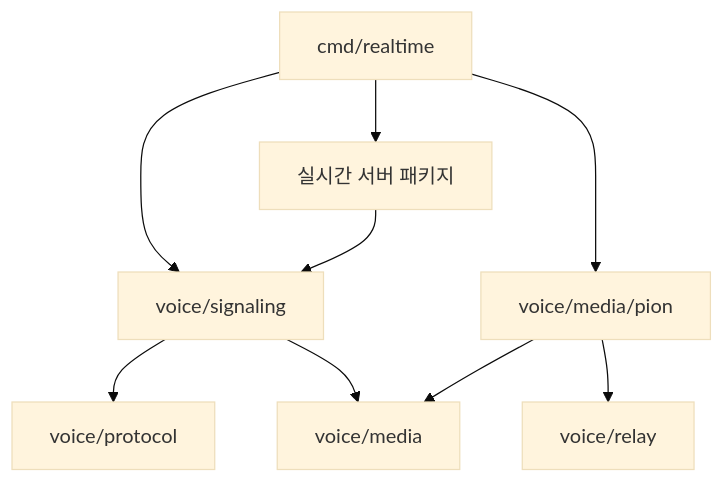
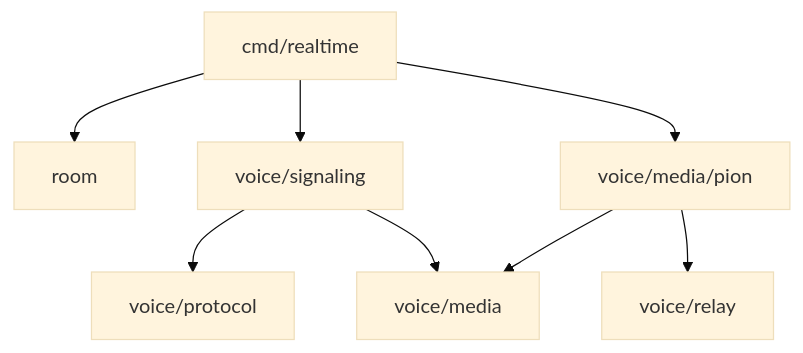
The diagram in services/realtime/README.md (depromeet/19th-team5-server), drawn with Mermaid (base theme) before and after one commit. The commit also changed other lines of this file and 17 other files, not shown here.

````diff
--- a/services/realtime/README.md
+++ b/services/realtime/README.md
@@ -26,19 +26,18 @@
 ```mermaid
 flowchart TD
     main["cmd/realtime"]
-    rt["실시간 서버 패키지"]
+    rt["room"]
     sig["voice/signaling"]
     pion["voice/media/pion"]
     media["voice/media"]
     proto["voice/protocol"]
     relay["voice/relay"]
 
     main --> rt
     main --> sig
     main --> pion
-    rt --> sig
     sig --> proto
     sig --> media
     pion --> media
     pion --> relay
 ```
````
